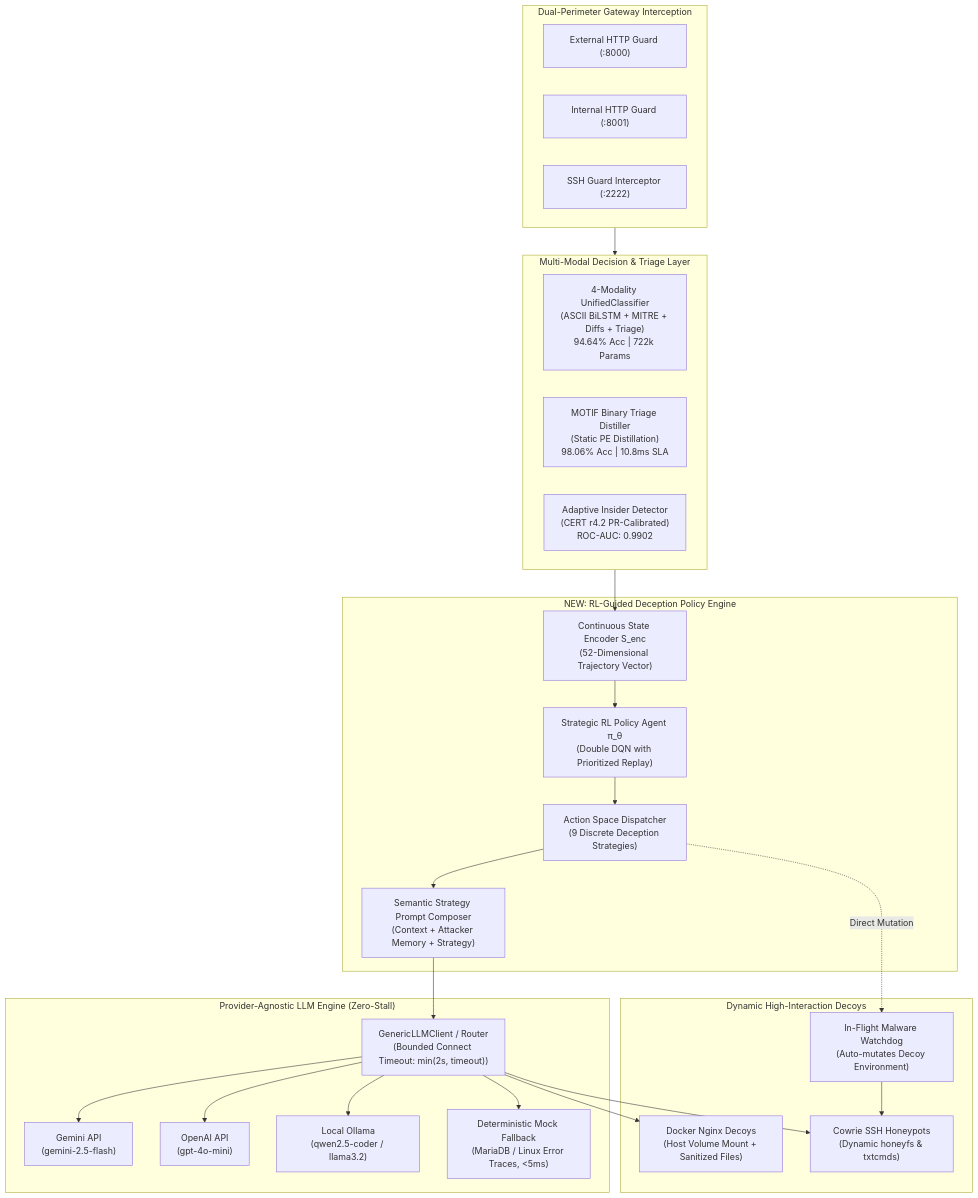
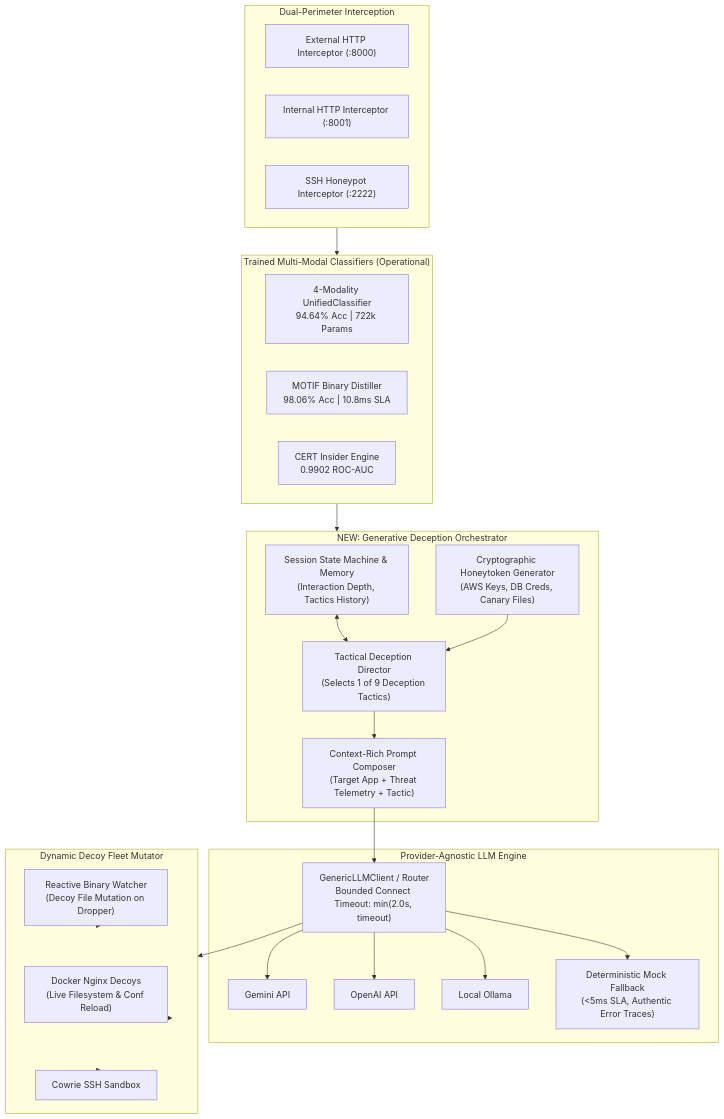
The diagram in docs/DECEPTION_MODULE_PLAN.md (kshitij-0712/AI-driven-CDS), drawn with Mermaid before and after one commit. The commit also changed other lines of this file, not shown here.

Commit message:
docs(deception): update plan to threat-conditioned generative cyber deception architecture without ML training

````diff
--- a/docs/DECEPTION_MODULE_PLAN.md
+++ b/docs/DECEPTION_MODULE_PLAN.md
@@ -15,50 +64,50 @@
 ```mermaid
 flowchart TD
-    subgraph DualPerimeter["Dual-Perimeter Gateway Interception"]
-        ExtHTTP["External HTTP Guard (:8000)"]
-        IntHTTP["Internal HTTP Guard (:8001)"]
-        SSH["SSH Guard Interceptor (:2222)"]
+    subgraph GatewayLayer["Dual-Perimeter Interception"]
+        ExtProxy["External HTTP Interceptor (:8000)"]
+        IntProxy["Internal HTTP Interceptor (:8001)"]
+        SSHProxy["SSH Honeypot Interceptor (:2222)"]
     end
 
-    subgraph NeuralDecisionLayer["Multi-Modal Decision & Triage Layer"]
-        Classifier["4-Modality UnifiedClassifier\n(ASCII BiLSTM + MITRE + Diffs + Triage)\n94.64% Acc | 722k Params"]
-        Distiller["MOTIF Binary Triage Distiller\n(Static PE Distillation)\n98.06% Acc | 10.8ms SLA"]
-        InsiderDet["Adaptive Insider Detector\n(CERT r4.2 PR-Calibrated)\nROC-AUC: 0.9902"]
+    subgraph ThreatIntelligenceLayer["Trained Multi-Modal Classifiers (Operational)"]
+        Neural["4-Modality UnifiedClassifier\n94.64% Acc | 722k Params"]
+        Distiller["MOTIF Binary Distiller\n98.06% Acc | 10.8ms SLA"]
+        Insider["CERT Insider Engine\n0.9902 ROC-AUC"]
     end
 
-    subgraph RLDeceptionEngine["NEW: RL-Guided Deception Policy Engine"]
-        StateEncoder["Continuous State Encoder S_enc\n(52-Dimensional Trajectory Vector)"]
-        RLAgent["Strategic RL Policy Agent π_θ\n(Double DQN with Prioritized Replay)"]
-        ActionRouter["Action Space Dispatcher\n(9 Discrete Deception Strategies)"]
-        PromptComposer["Semantic Strategy Prompt Composer\n(Context + Attacker Memory + Strategy)"]
+    subgraph DeceptionOrchestrationLayer["NEW: Generative Deception Orchestrator"]
+        Tracker["Session State Machine & Memory\n(Interaction Depth, Tactics History)"]
+        Canary["Cryptographic Honeytoken Generator\n(AWS Keys, DB Creds, Canary Files)"]
+        Director["Tactical Deception Director\n(Selects 1 of 9 Deception Tactics)"]
+        Composer["Context-Rich Prompt Composer\n(Target App + Threat Telemetry + Tactic)"]
     end
 
-    subgraph PluggableLLMBackend["Provider-Agnostic LLM Engine (Zero-Stall)"]
-        LLMRouter["GenericLLMClient / Router\n(Bounded Connect Timeout: min(2s, timeout))"]
-        Gemini["Gemini API\n(gemini-2.5-flash)"]
-        OpenAI["OpenAI API\n(gpt-4o-mini)"]
-        Ollama["Local Ollama\n(qwen2.5-coder / llama3.2)"]
-        MockFallback["Deterministic Mock Fallback\n(MariaDB / Linux Error Traces, <5ms)"]
+    subgraph LLMBackend["Provider-Agnostic LLM Engine"]
+        Router["GenericLLMClient / Router\nBounded Connect Timeout: min(2.0s, timeout)"]
+        Gemini["Gemini API"]
+        OpenAI["OpenAI API"]
+        Ollama["Local Ollama"]
+        MockFallback["Deterministic Mock Fallback\n(<5ms SLA, Authentic Error Traces)"]
     end
 
-    subgraph SandboxedDecoyFleet["Dynamic High-Interaction Decoys"]
-        NginxHTTP["Docker Nginx Decoys\n(Host Volume Mount + Sanitized Files)"]
-        CowrieSSH["Cowrie SSH Honeypots\n(Dynamic honeyfs & txtcmds)"]
-        Watcher["In-Flight Malware Watchdog\n(Auto-mutates Decoy Environment)"]
+    subgraph MutationLayer["Dynamic Decoy Fleet Mutator"]
+        Nginx["Docker Nginx Decoys\n(Live Filesystem & Conf Reload)"]
+        Watcher["Reactive Binary Watcher\n(Decoy File Mutation on Dropper)"]
+        Cowrie["Cowrie SSH Sandbox"]
     end
 
-    DualPerimeter --> NeuralDecisionLayer
-    NeuralDecisionLayer --> StateEncoder
-    StateEncoder --> RLAgent
-    RLAgent --> ActionRouter
-    ActionRouter --> PromptComposer
-    ActionRouter -.->|"Direct Mutation"| Watcher
-    PromptComposer --> LLMRouter
-    LLMRouter --> Gemini
-    LLMRouter --> OpenAI
-    LLMRouter --> Ollama
-    LLMRouter --> MockFallback
-    LLMRouter --> NginxHTTP
-    LLMRouter --> CowrieSSH
-    Watcher --> CowrieSSH
+    GatewayLayer --> ThreatIntelligenceLayer
+    ThreatIntelligenceLayer --> DeceptionOrchestrationLayer
+    Tracker <--> Director
+    Canary --> Director
+    Director --> Composer
+    Composer --> Router
+    Router --> Gemini
+    Router --> OpenAI
+    Router --> Ollama
+    Router --> MockFallback
+    Router --> MutationLayer
+    Watcher --> MutationLayer
+    MutationLayer --> Nginx
+    MutationLayer --> Cowrie
 ```
````
